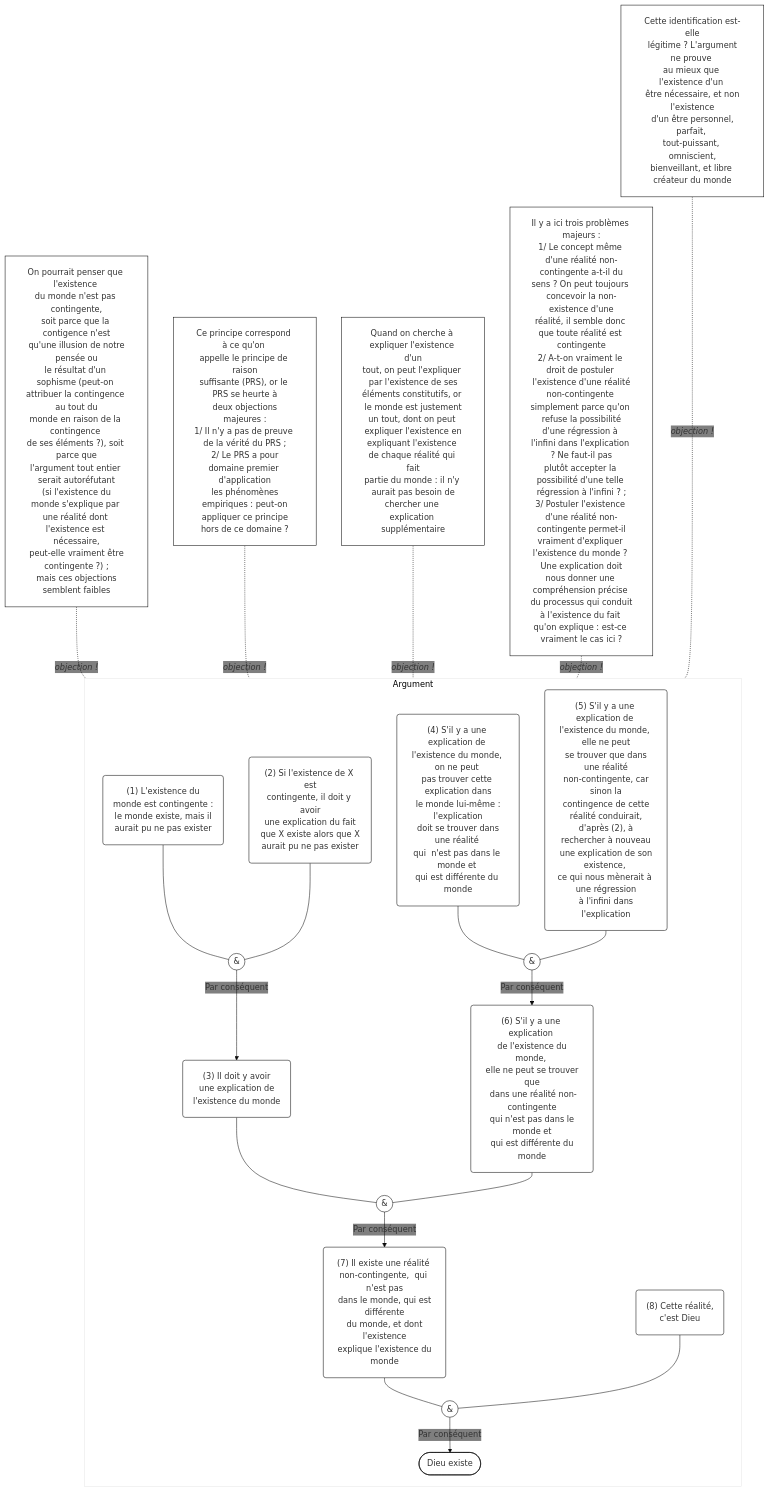
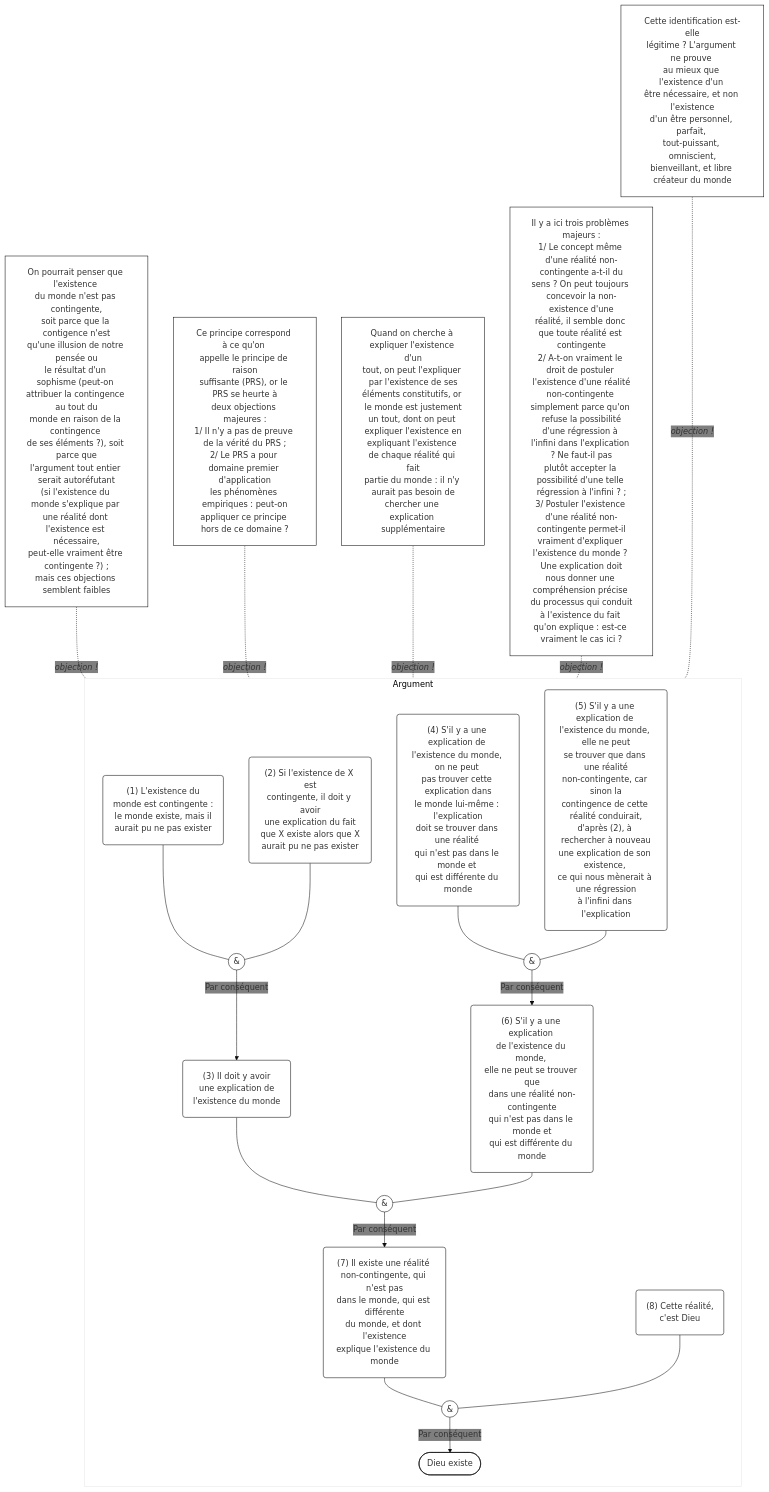
Before and after one commit to eyssette/arguments: the diagram in argument-cosmologique.mmd, drawn with Mermaid. The commit also changed 6 other files, not shown here.

```diff
--- a/argument-cosmologique.mmd
+++ b/argument-cosmologique.mmd
@@ -1,50 +1,126 @@
-%%{init: {"theme":"base","themeCSS": "#Argument rect{stroke:transparent; fill:#e5e5e5} #Argument span {color:transparent} .edgeLabel{color:#888; font-size:0.9em; margin-right:3px} .edgeLabel i{color:crimson} .edge-pattern-dotted{stroke:crimson} .edge-pattern-solid{stroke:green} #flowchart-pointEnd{fill:green}  g[id*=\"O\"] *{stroke:crimson!important; font-size:0.95em} circle+g span{color:white; } circle{fill:green!important} g[id*=\"C\"] * {fill:black;color:white;font-weight:bold}","themeVariables":{"secondaryColor":"transparent","primaryColor":"white","primaryBorderColor":"black"},"flowchart":{"htmlLabels":true,"padding":20,"rankSpacing":20}} }%%
+%%{init: {"theme":"base","themeCSS": "#Argument rect{stroke:transparent; fill:#e5e5e5} #Argument span {color:transparent} .edgeLabel{color:#888; font-size:0.9em; margin-right:3px} .edgeLabel i{color:crimson} .edge-pattern-dotted{stroke:crimson} .edge-pattern-solid{stroke:green} #flowchart-pointEnd{fill:green} g[id*=\"O\"] *{stroke:crimson!important; font-size:0.95em} circle+g span{color:white; } circle{fill:green!important} g[id*=\"C\"] * {fill:black;color:white;font-weight:bold}","themeVariables":{"secondaryColor":"transparent","primaryColor":"white","primaryBorderColor":"black"},"flowchart":{"htmlLabels":true,"padding":20,"rankSpacing":20}} }%%
 flowchart TB
-    subgraph Argument
-    direction TB
-    %% 1("Prémisse")
-    %% Pour utiliser les guillemets dans une prémisse : #quot;
-    %% 1 -->|Par conséquent|2
-    %% 1 & 2 --- PL1((&))
-    %% C(["Conclusion"])
+subgraph Argument
+direction TB
+%% 1("Prémisse")
+%% Pour utiliser les guillemets dans une prémisse : #quot;
+%% 1 -->|Par conséquent|2
+%% 1 & 2 --- PL1((&))
+%% C(["Conclusion"])
 
-    1("(1) L'existence du<br>monde est contingente :<br>le monde existe, mais il<br>aurait pu ne pas exister")
-    2("(2) Si l'existence de X est<br>contingente, il doit y avoir<br>une explication du fait<br>que X existe alors que X<br>aurait pu ne pas exister")
-    1 & 2 --- PL1((&))
-    PL1 -->|Par conséquent|3
-    3("(3) Il doit y avoir<br>une explication de<br>l'existence du monde")
+1("(1) L'existence du
+monde est contingente :
+le monde existe, mais il
+aurait pu ne pas exister")
+2("(2) Si l'existence de X est
+contingente, il doit y avoir
+une explication du fait
+que X existe alors que X
+aurait pu ne pas exister")
+1 & 2 --- PL1((&))
+PL1 -->|Par conséquent|3
+3("(3) Il doit y avoir
+une explication de
+l'existence du monde")
 
-    4("(4) S'il y a une explication de <br>l'existence du monde, on ne peut <br>pas trouver cette explication dans<br> le monde lui-même : l'explication<br> doit se trouver dans une réalité <br>qui  n'est pas dans le monde et <br>qui est différente du monde")
-    5("(5) S'il y a une explication de <br>l'existence du monde, elle ne peut<br> se trouver que dans une réalité<br> non-contingente, car sinon la<br> contingence de cette réalité conduirait,<br> d'après (2), à rechercher à nouveau<br> une explication de son existence, <br>ce qui nous mènerait à une régression<br> à l'infini dans l'explication")
-    4 & 5 --- PL2((&))
-    PL2 -->|Par conséquent|6
-    6("(6) S'il y a une explication <br> de l'existence du monde, <br> elle ne peut se trouver que<br> dans une réalité non-contingente<br> qui n'est pas dans le monde et<br> qui est différente du monde ")
-    
-    3 & 6 --- PL3((&))
-    PL3 -->|Par conséquent|7
-    7("(7) Il existe une réalité <br>non-contingente,  qui n'est pas<br> dans le monde, qui est différente<br> du monde, et dont l'existence<br> explique l'existence du monde")
-    8("(8) Cette réalité,<br>c'est Dieu")
+4("(4) S'il y a une explication de 
+l'existence du monde, on ne peut 
+pas trouver cette explication dans
+le monde lui-même : l'explication
+doit se trouver dans une réalité 
+qui n'est pas dans le monde et 
+qui est différente du monde")
+5("(5) S'il y a une explication de 
+l'existence du monde, elle ne peut
+se trouver que dans une réalité
+non-contingente, car sinon la
+contingence de cette réalité conduirait,
+d'après (2), à rechercher à nouveau
+une explication de son existence, 
+ce qui nous mènerait à une régression
+à l'infini dans l'explication")
+4 & 5 --- PL2((&))
+PL2 -->|Par conséquent|6
+6("(6) S'il y a une explication 
+de l'existence du monde, 
+elle ne peut se trouver que
+dans une réalité non-contingente
+qui n'est pas dans le monde et
+qui est différente du monde ")
 
-    7 & 8 --- PL4((&))
-    PL4 -->|Par conséquent|C
+3 & 6 --- PL3((&))
+PL3 -->|Par conséquent|7
+7("(7) Il existe une réalité 
+non-contingente, qui n'est pas
+dans le monde, qui est différente
+du monde, et dont l'existence
+explique l'existence du monde")
+8("(8) Cette réalité,
+c'est Dieu")
 
-    C(["Dieu existe"])
+7 & 8 --- PL4((&))
+PL4 -->|Par conséquent|C
 
-    end
+C(["Dieu existe"])
 
-    %% OBJECTIONS
+end
 
-    O1["On pourrait penser que l'existence <br>du monde n'est pas contingente,<br>soit parce que la contigence n'est<br> qu'une illusion de notre pensée ou<br>le résultat d'un sophisme (peut-on <br>attribuer la contingence au tout du<br>monde en raison de la contingence <br>de ses éléments ?), soit parce que<br>l'argument tout entier serait autoréfutant<br> (si l'existence du monde s'explique par <br>une réalité dont l'existence est nécessaire,<br> peut-elle vraiment être contingente ?) ;<br> mais ces objections semblent faibles"]
-    O1-.-|<i>objection !</i>|1
+%% OBJECTIONS
 
-    O2["Ce principe correspond à ce qu'on <br>appelle le principe de raison<br>suffisante (PRS), or le PRS se heurte à<br> deux objections majeures :<br>1/ Il n'y a pas de preuve de la vérité du PRS ;<br> 2/ Le PRS a pour domaine premier d'application<br> les phénomènes empiriques : peut-on<br> appliquer ce principe hors de ce domaine ?"]
-    O2-.-|<i>objection !</i>|2
+O1["On pourrait penser que l'existence 
+du monde n'est pas contingente,
+soit parce que la contigence n'est
+qu'une illusion de notre pensée ou
+le résultat d'un sophisme (peut-on 
+attribuer la contingence au tout du
+monde en raison de la contingence 
+de ses éléments ?), soit parce que
+l'argument tout entier serait autoréfutant
+(si l'existence du monde s'explique par 
+une réalité dont l'existence est nécessaire,
+peut-elle vraiment être contingente ?) ;
+mais ces objections semblent faibles"]
+O1-.-|<i>objection !</i>|1
 
-    O4["Quand on cherche à expliquer l'existence d'un<br>tout, on peut l'expliquer par l'existence de ses<br>éléments constitutifs, or le monde est justement<br>un tout, dont on peut expliquer l'existence en<br>expliquant l'existence de chaque réalité qui fait<br>partie du monde : il n'y aurait pas besoin de<br>chercher une explication supplémentaire"]
-    O4-.-|<i>objection !</i>|4
+O2["Ce principe correspond à ce qu'on 
+appelle le principe de raison
+suffisante (PRS), or le PRS se heurte à
+deux objections majeures :
+1/ Il n'y a pas de preuve de la vérité du PRS ;
+2/ Le PRS a pour domaine premier d'application
+les phénomènes empiriques : peut-on
+appliquer ce principe hors de ce domaine ?"]
+O2-.-|<i>objection !</i>|2
 
-    O5["Il y a ici trois problèmes majeurs :<br>1/ Le concept même d'une réalité non-contingente a-t-il du<br>sens ? On peut toujours concevoir la non-existence d'une<br>réalité, il semble donc que toute réalité est contingente<br>2/ A-t-on vraiment le droit de postuler l'existence d'une réalité<br>non-contingente simplement parce qu'on refuse la possibilité<br>d'une régression à l'infini dans l'explication ? Ne faut-il pas<br>plutôt accepter la possibilité d'une telle régression à l'infini ? ;<br>3/ Postuler l'existence d'une réalité non-contingente permet-il<br>vraiment d'expliquer l'existence du monde ? Une explication doit<br>nous donner une compréhension précise du processus qui conduit<br>à l'existence du fait qu'on explique : est-ce vraiment le cas ici ?"]
-    O5-.-|<i>objection !</i>|5
+O4["Quand on cherche à expliquer l'existence d'un
+tout, on peut l'expliquer par l'existence de ses
+éléments constitutifs, or le monde est justement
+un tout, dont on peut expliquer l'existence en
+expliquant l'existence de chaque réalité qui fait
+partie du monde : il n'y aurait pas besoin de
+chercher une explication supplémentaire"]
+O4-.-|<i>objection !</i>|4
 
-    O8["Cette identification est-elle<br> légitime ? L'argument ne prouve <br>au mieux que l'existence d'un <br> être nécessaire, et non l'existence<br> d'un être personnel, parfait, <br>tout-puissant, omniscient,<br>bienveillant, et libre <br>créateur du monde"]
-    O8-..-|<i>objection !</i>|8
+O5["Il y a ici trois problèmes majeurs :
+1/ Le concept même d'une réalité non-contingente a-t-il du
+sens ? On peut toujours concevoir la non-existence d'une
+réalité, il semble donc que toute réalité est contingente
+2/ A-t-on vraiment le droit de postuler l'existence d'une réalité
+non-contingente simplement parce qu'on refuse la possibilité
+d'une régression à l'infini dans l'explication ? Ne faut-il pas
+plutôt accepter la possibilité d'une telle régression à l'infini ? ;
+3/ Postuler l'existence d'une réalité non-contingente permet-il
+vraiment d'expliquer l'existence du monde ? Une explication doit
+nous donner une compréhension précise du processus qui conduit
+à l'existence du fait qu'on explique : est-ce vraiment le cas ici ?"]
+O5-.-|<i>objection !</i>|5
+
+O8["Cette identification est-elle
+légitime ? L'argument ne prouve 
+au mieux que l'existence d'un 
+être nécessaire, et non l'existence
+d'un être personnel, parfait, 
+tout-puissant, omniscient,
+bienveillant, et libre 
+créateur du monde"]
+O8-..-|<i>objection !</i>|8
```
